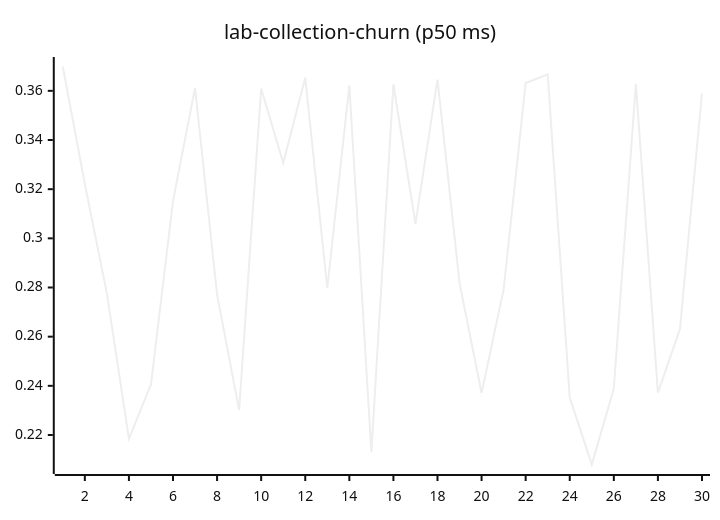
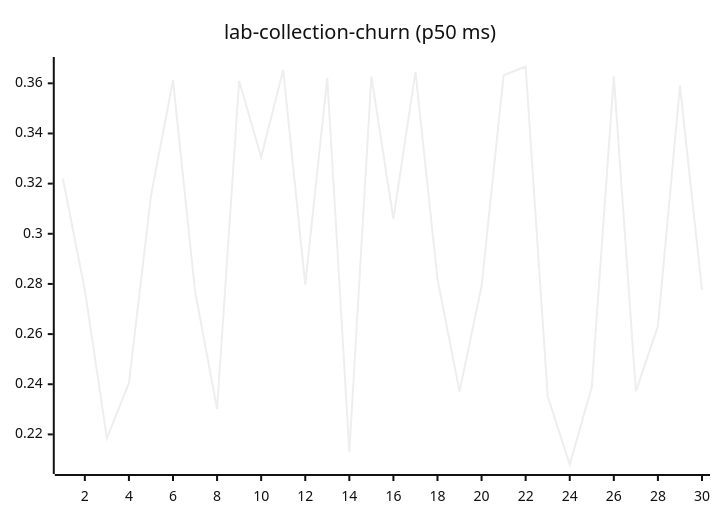
Diagram 11 of 27 in README.md (josha/Facet), drawn with Mermaid (neutral theme) before and after one commit. The commit also changed other lines of this file and 2 other files, not shown here.

````diff
--- a/README.md
+++ b/README.md
@@ -133,6 +133,6 @@
 ```mermaid
 xychart-beta
     title "lab-collection-churn (p50 ms)"
     x-axis 1 --> 30
-    line [0.3699, 0.3221, 0.2776, 0.2185, 0.2405, 0.3151, 0.3612, 0.2771, 0.2301, 0.3609, 0.3306, 0.3653, 0.2797, 0.3622, 0.2130, 0.3627, 0.3059, 0.3646, 0.2819, 0.2371, 0.2791, 0.3632, 0.3667, 0.2352, 0.2080, 0.2389, 0.3628, 0.2372, 0.2631, 0.3590]
+    line [0.3221, 0.2776, 0.2185, 0.2405, 0.3151, 0.3612, 0.2771, 0.2301, 0.3609, 0.3306, 0.3653, 0.2797, 0.3622, 0.2130, 0.3627, 0.3059, 0.3646, 0.2819, 0.2371, 0.2791, 0.3632, 0.3667, 0.2352, 0.2080, 0.2389, 0.3628, 0.2372, 0.2631, 0.3590, 0.2776]
 ```
````
